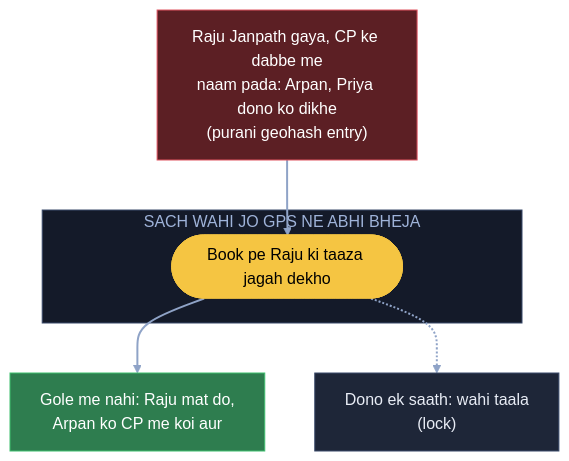
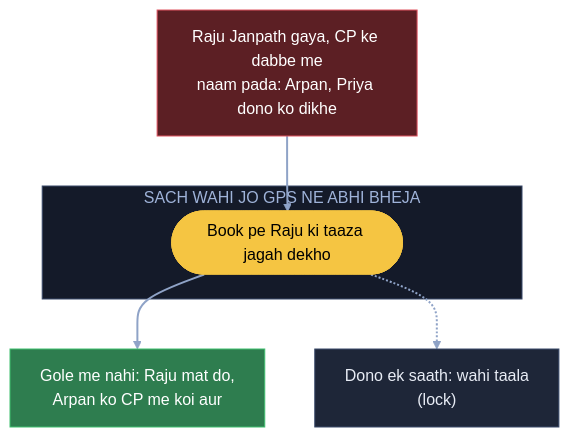
The sixth of 16 diagrams in 04_HLD/SYSTEM_DESIGNS/15_uber/15_uber.md (ArpanMaheshwari144/Prep), drawn with Mermaid before and after one commit. The commit also changed other lines of this file and 20 other files, not shown here.

Commit message:
Diagram: sirf hand notes wale naam rahe (66 apne joda naam hataye); README 22-Nov tak update

````diff
--- a/04_HLD/SYSTEM_DESIGNS/15_uber/15_uber.md
+++ b/04_HLD/SYSTEM_DESIGNS/15_uber/15_uber.md
@@ -320,18 +320,18 @@
 ```mermaid
 flowchart TB
-    X["Raju Janpath gaya, CP ke dabbe me<br/>naam pada: Arpan, Priya dono ko dikhe<br/>(purani geohash entry)"]:::bad
+    X["Raju Janpath gaya, CP ke dabbe me<br/>naam pada: Arpan, Priya dono ko dikhe"]:::bad
     subgraph TJ["SACH WAHI JO GPS NE ABHI BHEJA"]
         L(["Book pe Raju ki taaza jagah dekho"]):::pill
     end
     N["Gole me nahi: Raju mat do,<br/>Arpan ko CP me koi aur"]:::good
     T["Dono ek saath: wahi taala<br/>(lock)"]:::card
     X --> L
     L --> N
     L -.-> T
     linkStyle default stroke:#8fa3c7,stroke-width:2px
     classDef card fill:#1e2638,stroke:#3a4a6b,color:#e8ecf5
     classDef pill fill:#f5c542,stroke:#f5c542,color:#000
     classDef good fill:#2e7d4f,stroke:#3fbf6f,color:#fff
     classDef bad fill:#5c1f24,stroke:#e05561,color:#fff
     style TJ fill:#141a29,stroke:#3a4a6b,color:#9fb3d9
 ```
````
